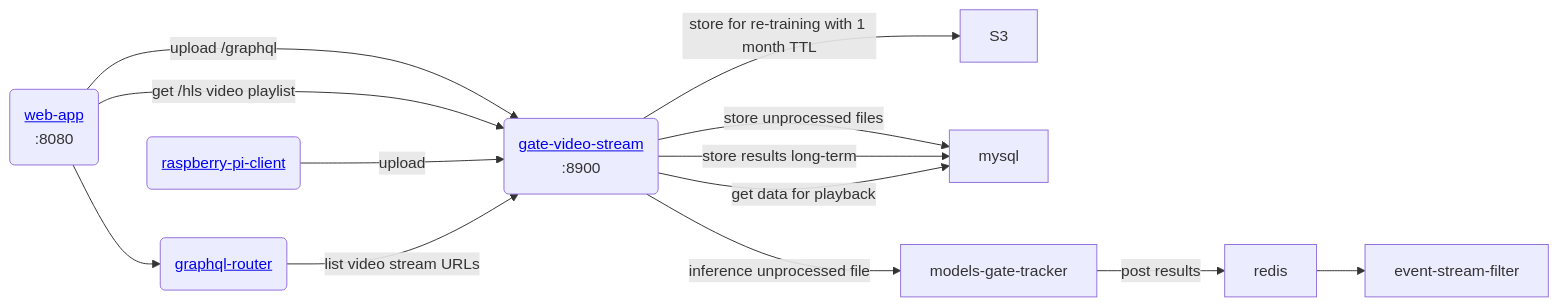
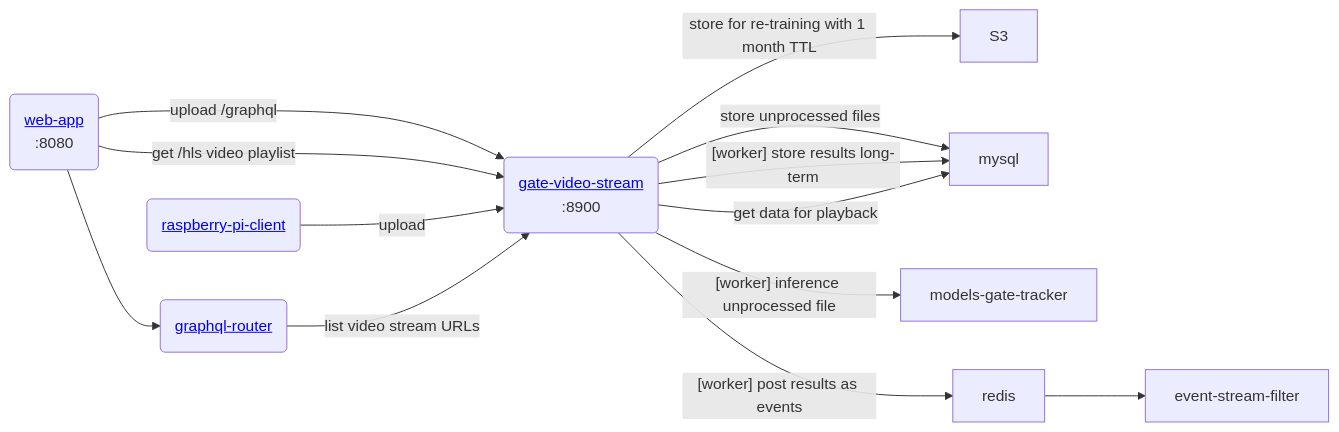
Before and after one commit to Gratheon/gate-video-stream: the diagram in README.md, drawn with Mermaid. The commit also changed 11 other files, not shown here.

Commit message:
autodeploy, inference request, save results to db

````diff
--- a/README.md
+++ b/README.md
@@ -14,13 +14,14 @@
 ```mermaid
 flowchart LR
 	web-app --"upload /graphql"--> gate-video-stream --"store for re-training with 1 month TTL"--> S3
 	web-app --"get /hls video playlist"--> gate-video-stream
 	raspberry-pi-client("<a href='https://github.com/Gratheon/raspberry-pi-client'>raspberry-pi-client</a>") --"upload"--> gate-video-stream
 	gate-video-stream --"store unprocessed files" --> mysql
- 	gate-video-stream --"inference unprocessed file" --> models-gate-tracker -- "post results" --> redis --> event-stream-filter
-	gate-video-stream --"store results long-term" --> mysql
+ 	gate-video-stream --"[worker] inference unprocessed file" --> models-gate-tracker
+	gate-video-stream --"[worker] store results long-term" --> mysql
+	gate-video-stream -- "[worker] post results as events" --> redis --> event-stream-filter
         
 
     web-app("<a href='https://github.com/Gratheon/web-app'>web-app</a>\n:8080") --> graphql-router("<a href='https://github.com/Gratheon/graphql-router'>graphql-router</a>") --"list video stream URLs"--> gate-video-stream("<a href='https://github.com/Gratheon/gate-video-stream'>gate-video-stream</a>\n:8900") -- "get data for playback" --> mysql
 
 ```
````
